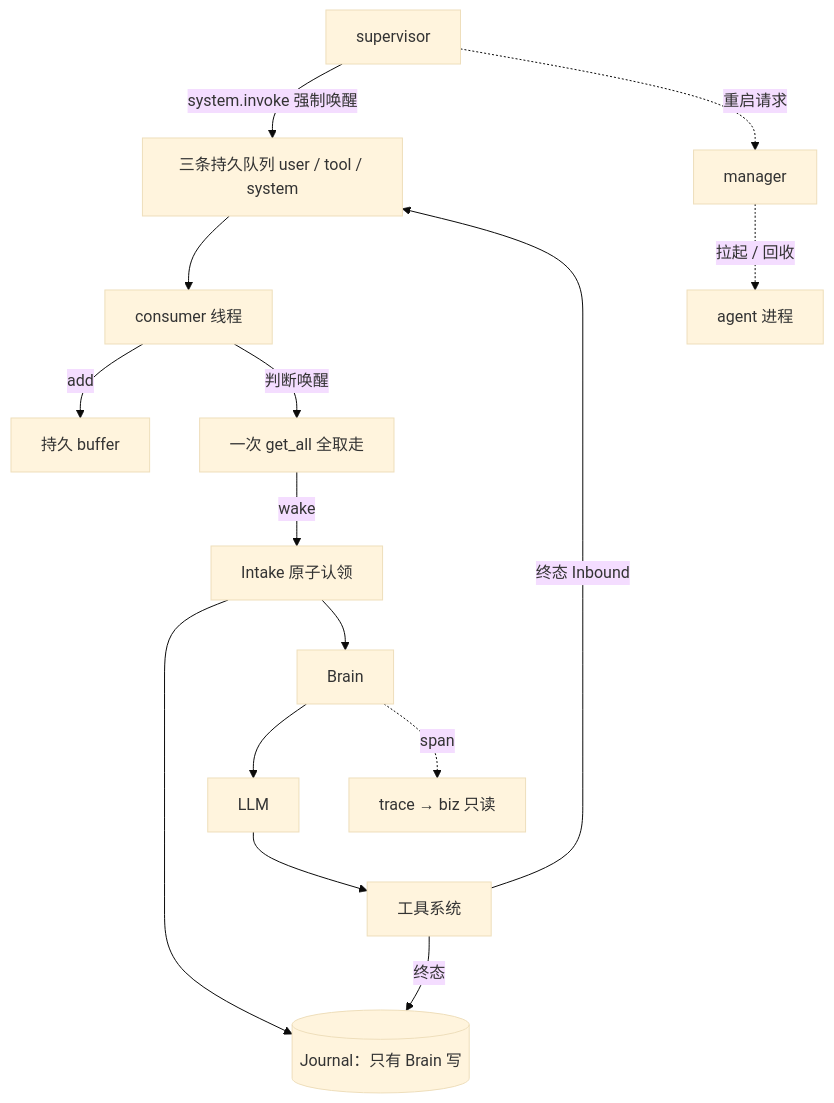
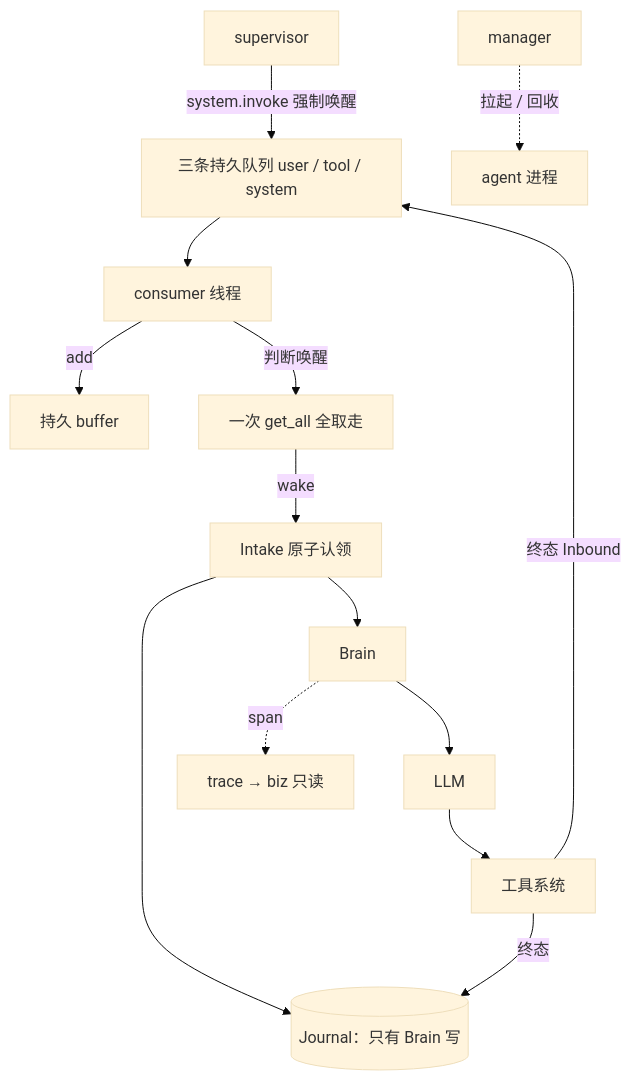
Before and after one commit to HymioSpace/Oath: the diagram in spec/overview.md, drawn with Mermaid (base theme). The commit also changed other lines of this file and 12 other files, not shown here.

````diff
--- a/spec/overview.md
+++ b/spec/overview.md
@@ -26,17 +26,16 @@
 ```mermaid
 flowchart TD
     Q[三条持久队列 user / tool / system] --> C[consumer 线程]
     C -->|add| B[持久 buffer]
     C -->|判断唤醒| B2[一次 get_all 全取走]
     B2 -->|wake| I[Intake 原子认领]
     I --> J[(Journal：只有 Brain 写)]
     I --> Br[Brain]
     Br --> L[LLM]
     L --> T[工具系统]
     T -->|终态| J
     T -->|终态 Inbound| Q
     S[supervisor] -->|system.invoke 强制唤醒| Q
     M[manager] -.->|拉起 / 回收| A[agent 进程]
-    S -.->|重启请求| M
     Br -.->|span| TR[trace → biz 只读]
 ```
````
